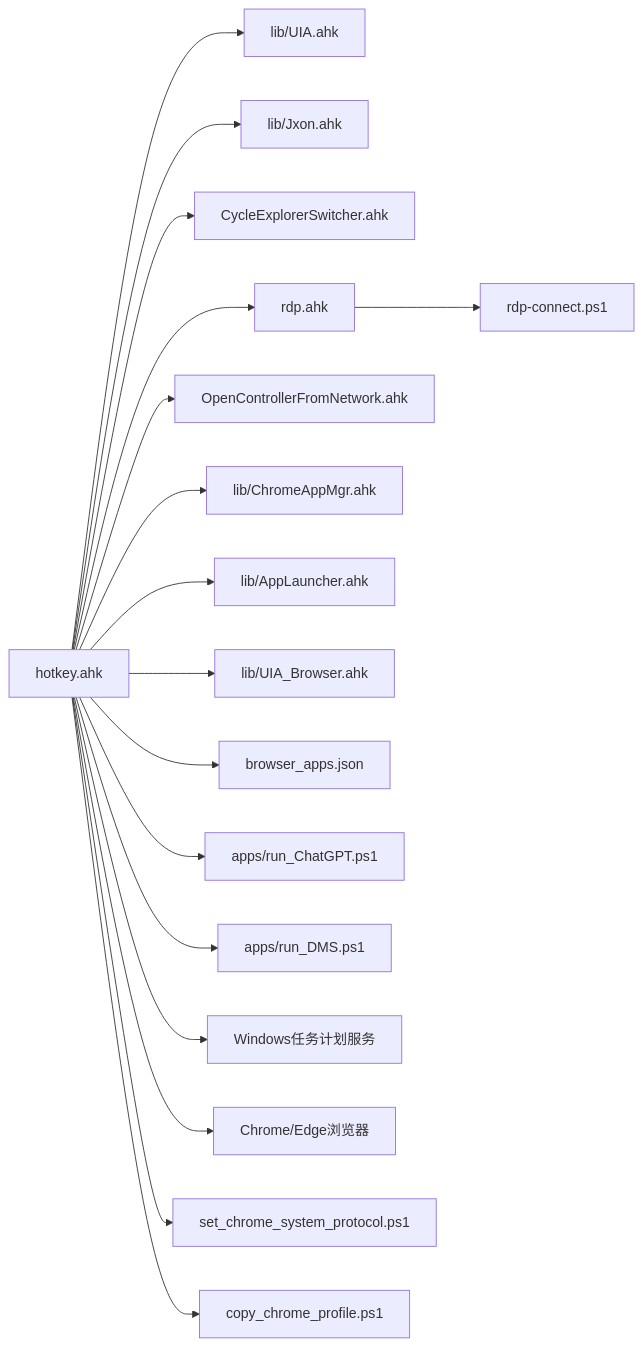
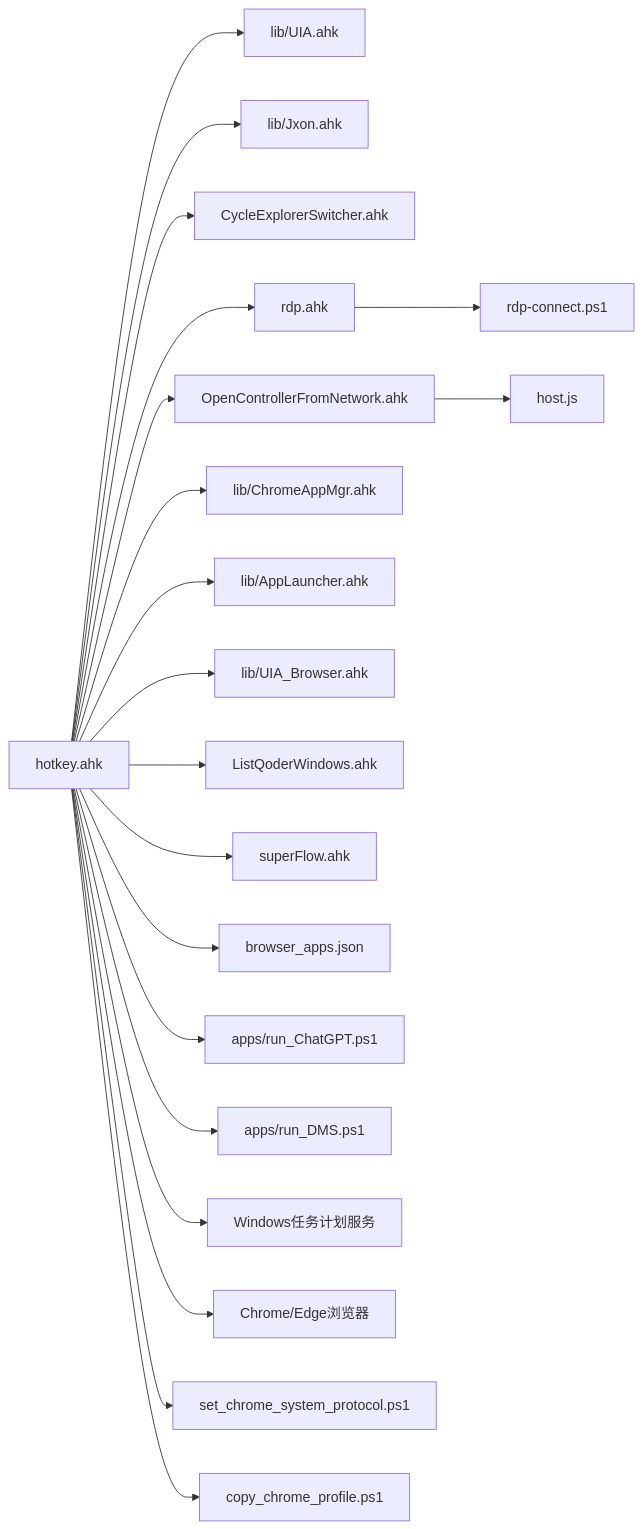
Diagram 11 of 11 in .qoder/repowiki/zh/content/核心功能/应用程序控制.md (wangys-123doit/hotkey), drawn with Mermaid before and after one commit. The commit also changed other lines of this file and 12 other files, not shown here.

````diff
--- a/.qoder/repowiki/zh/content/核心功能/应用程序控制.md
+++ b/.qoder/repowiki/zh/content/核心功能/应用程序控制.md
@@ -517,19 +567,22 @@
 ```mermaid
 graph LR
 HK["hotkey.ahk"] --> UIA["lib/UIA.ahk"]
 HK --> JX["lib/Jxon.ahk"]
 HK --> CES["CycleExplorerSwitcher.ahk"]
 HK --> RDP["rdp.ahk"]
 HK --> OCN["OpenControllerFromNetwork.ahk"]
 HK --> CAM["lib/ChromeAppMgr.ahk"]
 HK --> AL["lib/AppLauncher.ahk"]
 HK --> UIB["lib/UIA_Browser.ahk"]
+HK --> LQW["ListQoderWindows.ahk"]
+HK --> SF["superFlow.ahk"]
+OCN --> HOST["host.js"]
 RDP --> PS["rdp-connect.ps1"]
 HK --> BJSON["browser_apps.json"]
 HK --> PCHAT["apps/run_ChatGPT.ps1"]
 HK --> PDMS["apps/run_DMS.ps1"]
 HK --> SCHTASKS["Windows任务计划服务"]
 HK --> CHROME["Chrome/Edge浏览器"]
 HK --> PROTOCOL["set_chrome_system_protocol.ps1"]
 HK --> PROFILE["copy_chrome_profile.ps1"]
 ```
````
